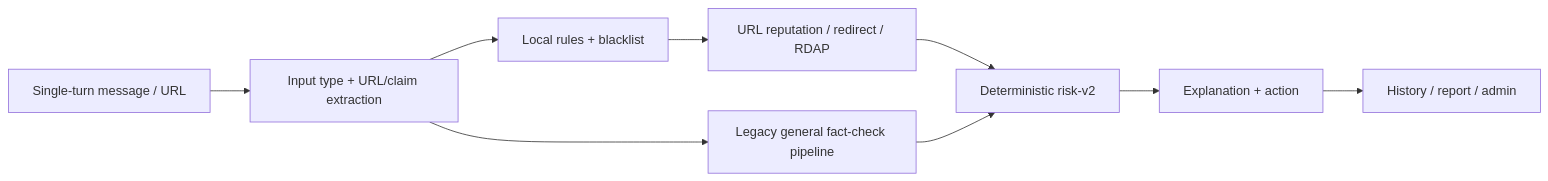
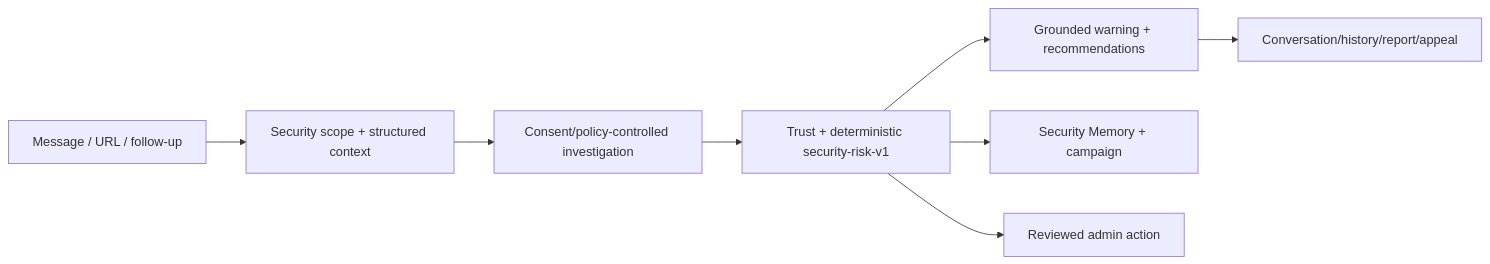
One commit to Binhdn04/TrustGuard-AI changed the diagram in README.md. Above: the diagram before and after it, drawn with Mermaid. The commit also changed other lines of this file and 125 other files, not shown here.

````diff
--- a/README.md
+++ b/README.md
@@ -36,11 +38,10 @@
 ```mermaid
 flowchart LR
-    A[Single-turn message / URL] --> B[Input type + URL/claim extraction]
-    B --> C[Local rules + blacklist]
-    C --> D[URL reputation / redirect / RDAP]
-    B --> E[Legacy general fact-check pipeline]
-    D --> F[Deterministic risk-v2]
-    E --> F
-    F --> G[Explanation + action]
-    G --> H[History / report / admin]
+    A[Message / URL / follow-up] --> B[Security scope + structured context]
+    B --> C[Consent/policy-controlled investigation]
+    C --> D[Trust + deterministic security-risk-v1]
+    D --> E[Grounded warning + recommendations]
+    E --> F[Conversation/history/report/appeal]
+    D --> G[Security Memory + campaign]
+    D --> H[Reviewed admin action]
 ```
````
